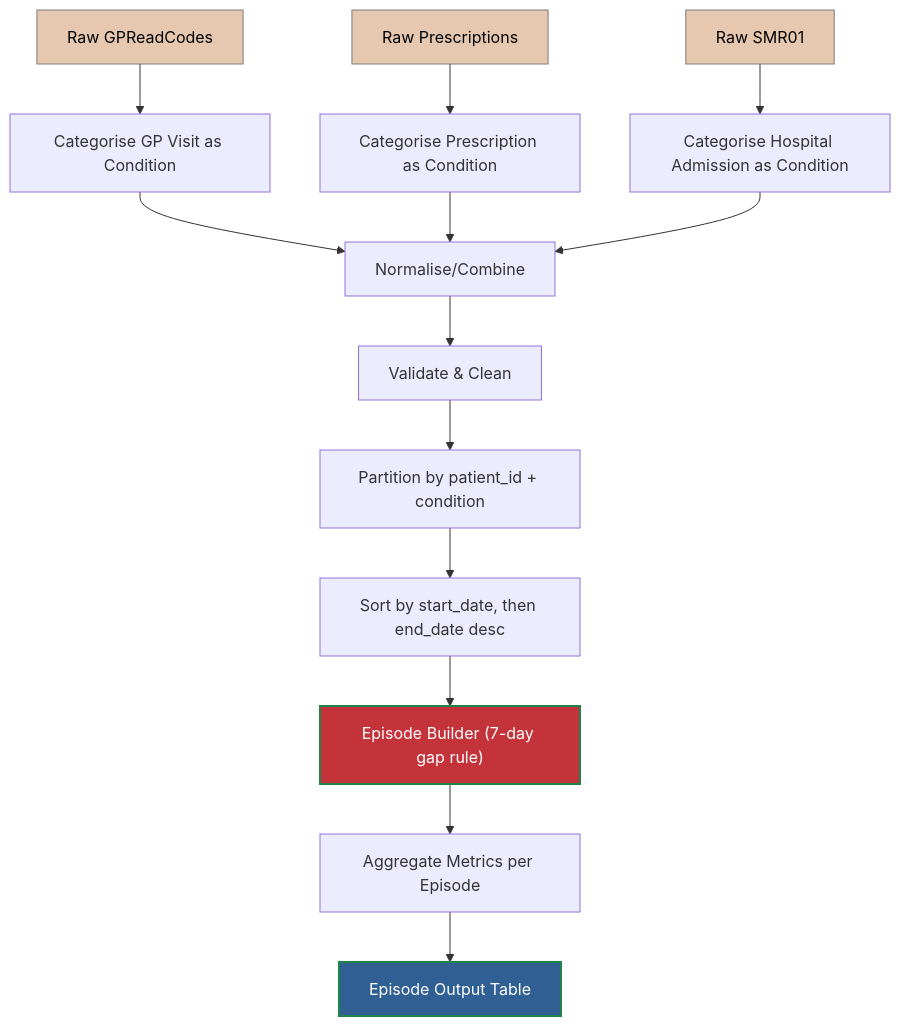
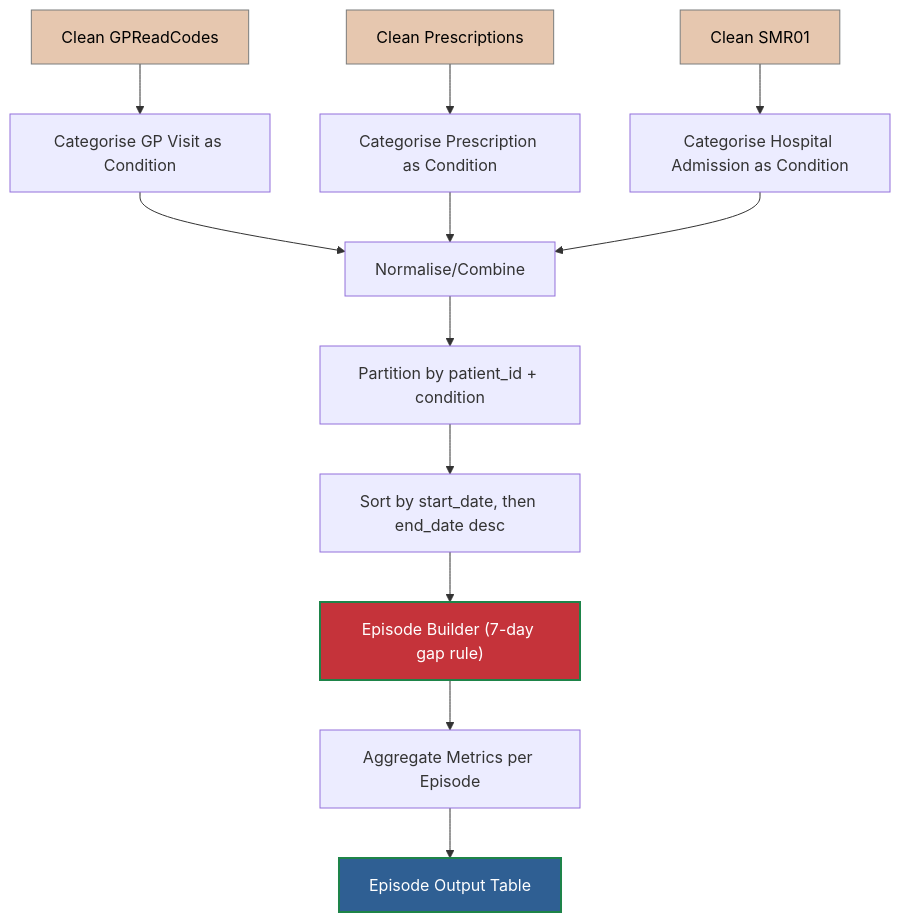
One commit to HomesHeatAndHealthyKids/DataLochAnalysis changed the diagram in healthcare_process.md. Above: the diagram before and after it, drawn with Mermaid. The commit also changed other lines of this file and 2 other files, not shown here.

````diff
--- a/healthcare_process.md
+++ b/healthcare_process.md
@@ -20,25 +26,24 @@
 ```mermaid
 flowchart TD
-    A[Raw GPReadCodes] --> A_assign["Categorise GP Visit as Condition"]
-    A2[Raw Prescriptions] --> A2_assign["Categorise Prescription as Condition"]
-    A3[Raw SMR01] --> A3_assign["Categorise Hospital Admission as Condition"]
+    A[Clean GPReadCodes] --> A_assign["Categorise GP Visit as Condition"]
+    A2[Clean Prescriptions] --> A2_assign["Categorise Prescription as Condition"]
+    A3[Clean SMR01] --> A3_assign["Categorise Hospital Admission as Condition"]
     A_assign --> B[Normalise/Combine]
     A2_assign --> B
     A3_assign --> B
-    B --> C[Validate & Clean]
-    C --> D[Partition by patient_id + condition]
+    B --> D[Partition by patient_id + condition]
     D --> E[Sort by start_date, then end_date desc]
     E --> F["Episode Builder (7-day gap rule)"]
     F --> G[Aggregate Metrics per Episode]
     G --> H[Episode Output Table]
 
   %% =========================
   %% Styling
   %% =========================
   classDef output fill:	 #2F5F93,color: #ffffff,stroke: #1e8449,stroke-width:2px;
   classDef record fill:	#C5333A,color: #ffffff,stroke: #1e8449,stroke-width:2px;
   classDef data fill: #E6C7AF,color: #000000,stroke: #7b7d7d,stroke-width:1px;
   class F record
   class A,A2,A3 data
   class H output
 ```
````
